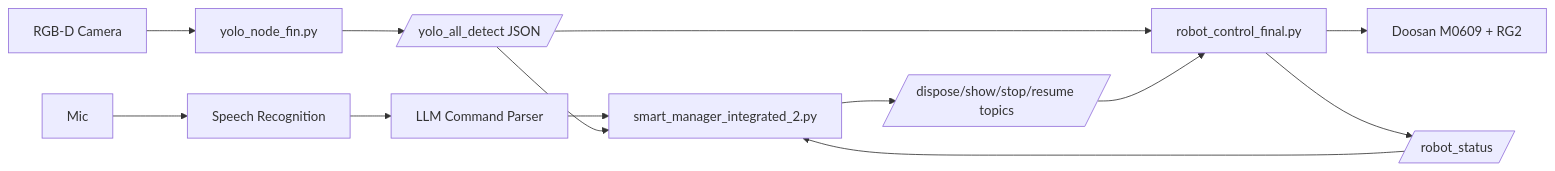
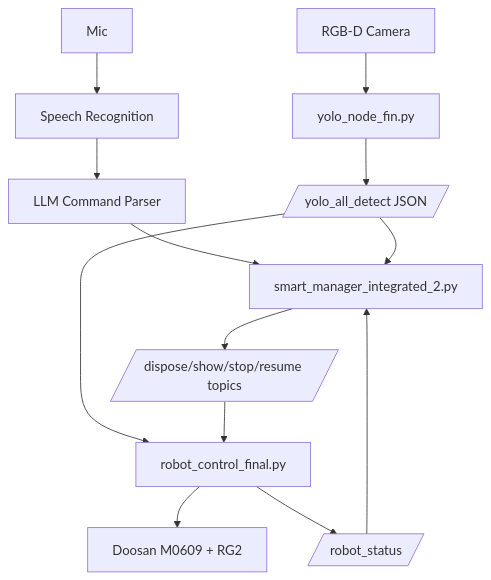
One commit to amogae7/ROKEY_Projects changed the diagram in AI 비전 기반 스마트 제조 로봇 솔루션/README.md. Above: the diagram before and after it, drawn with Mermaid. The commit also changed 1 other file, not shown here.

Commit message:
docs: fix mermaid diagrams in AI and digital-twin READMEs

````diff
--- a/AI 비전 기반 스마트 제조 로봇 솔루션/README.md
+++ b/AI 비전 기반 스마트 제조 로봇 솔루션/README.md
@@ -48,15 +48,15 @@
 ```mermaid
-flowchart LR
+flowchart TD
   CAM[RGB-D Camera] --> YOLO[yolo_node_fin.py]
-  YOLO --> DETECT[/yolo_all_detect JSON/]
   MIC[Mic] --> STT[Speech Recognition]
   STT --> LLM[LLM Command Parser]
+  YOLO --> DETECT[/yolo_all_detect JSON/]
   LLM --> MANAGER[smart_manager_integrated_2.py]
   DETECT --> MANAGER
   MANAGER --> CMD[/dispose/show/stop/resume topics/]
   DETECT --> ROBOT[robot_control_final.py]
   CMD --> ROBOT
   ROBOT --> ARM[Doosan M0609 + RG2]
   ROBOT --> STATUS[/robot_status/]
   STATUS --> MANAGER
 ```
````
